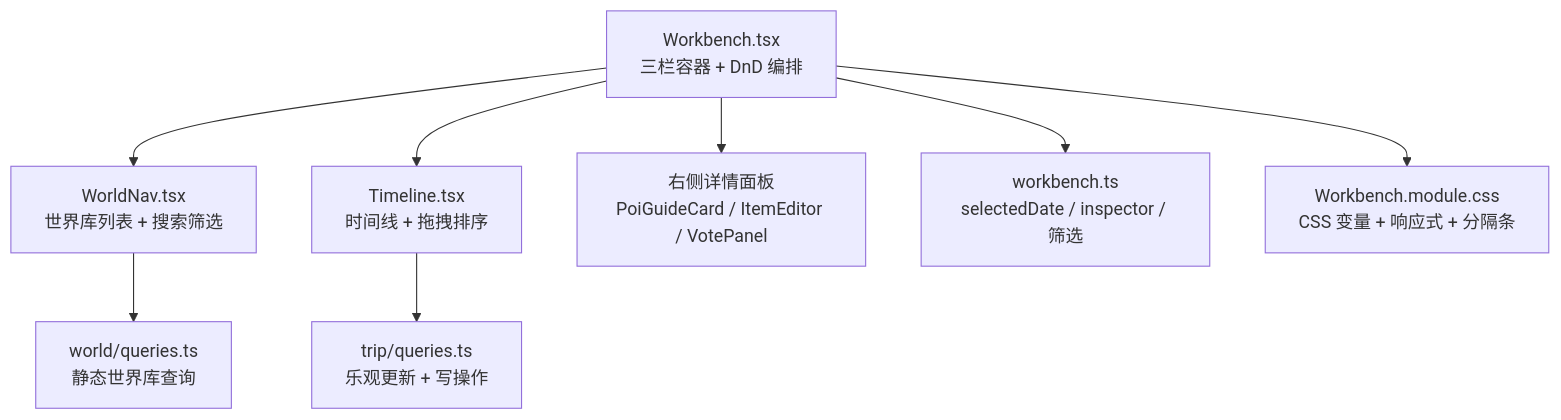
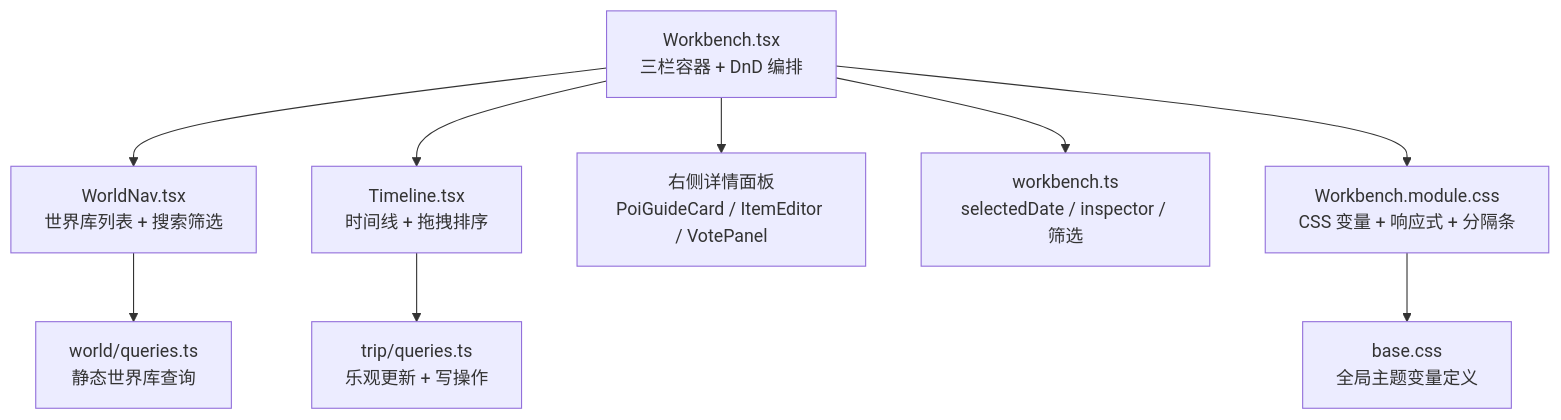
One commit to huangyilu/wanwuyishi changed the first of 7 diagrams in .qoder/repowiki/zh/content/核心功能模块/行程管理模块/三栏工作台布局.md. Above: the diagram before and after it, drawn with Mermaid. The commit also changed other lines of this file and 108 other files, not shown here.

````diff
--- a/.qoder/repowiki/zh/content/核心功能模块/行程管理模块/三栏工作台布局.md
+++ b/.qoder/repowiki/zh/content/核心功能模块/行程管理模块/三栏工作台布局.md
@@ -38,10 +48,11 @@
 ```mermaid
 graph TB
 A["Workbench.tsx<br/>三栏容器 + DnD 编排"] --> B["WorldNav.tsx<br/>世界库列表 + 搜索筛选"]
 A --> C["Timeline.tsx<br/>时间线 + 拖拽排序"]
 A --> D["右侧详情面板<br/>PoiGuideCard / ItemEditor / VotePanel"]
 A --> E["workbench.ts<br/>selectedDate / inspector / 筛选"]
 B --> F["world/queries.ts<br/>静态世界库查询"]
 C --> G["trip/queries.ts<br/>乐观更新 + 写操作"]
 A --> H["Workbench.module.css<br/>CSS 变量 + 响应式 + 分隔条"]
+H --> I["base.css<br/>全局主题变量定义"]
 ```
````
